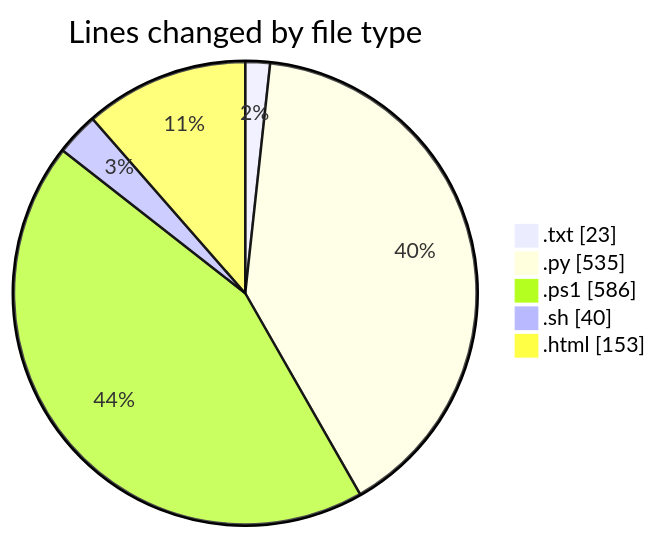
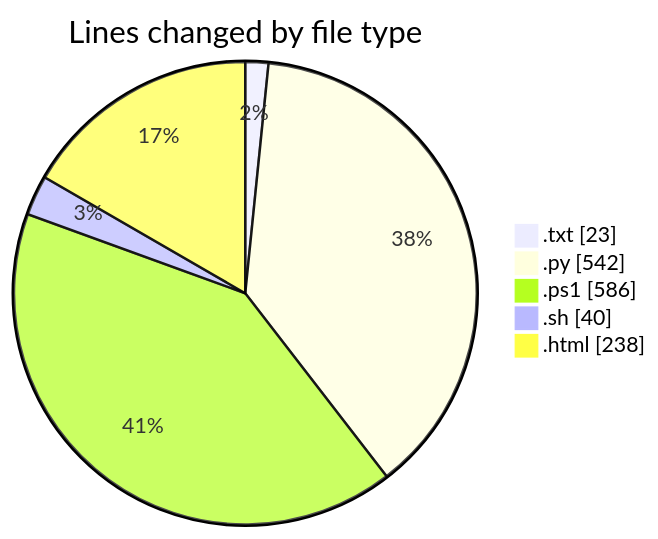
One commit to CELIANVF/code-tracking changed the first of 2 diagrams in 2025-05-16/python_app_deploy/README.md. Above: the diagram before and after it, drawn with Mermaid. The commit also changed other lines of this file and 1 other file, not shown here.

````diff
--- a/2025-05-16/python_app_deploy/README.md
+++ b/2025-05-16/python_app_deploy/README.md
@@ -29,9 +29,9 @@
 ```mermaid
 pie showData
 title Lines changed by file type
 ".txt" : 23
-".py" : 535
+".py" : 542
 ".ps1" : 586
 ".sh" : 40
-".html" : 153
+".html" : 238
 ```
````
